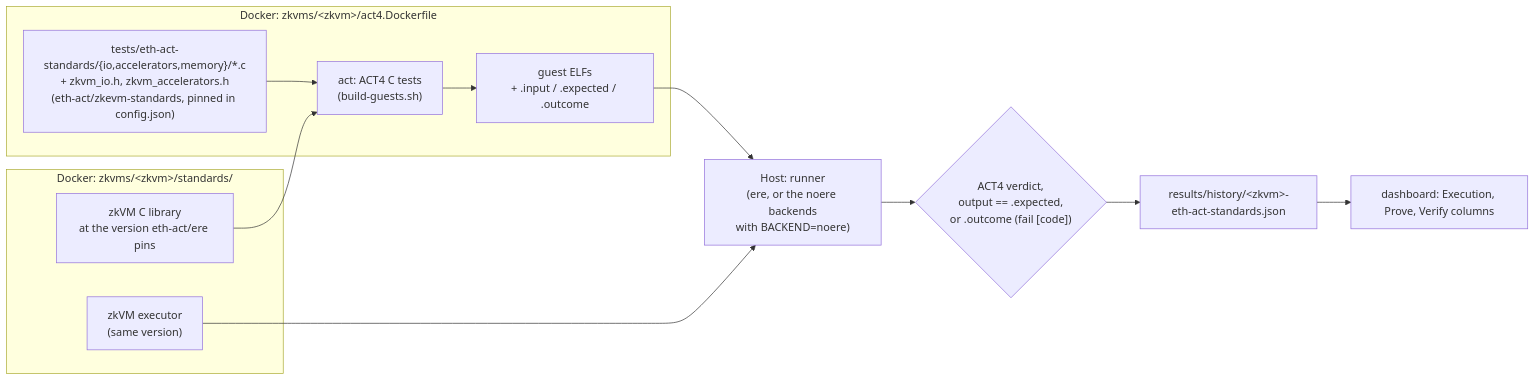
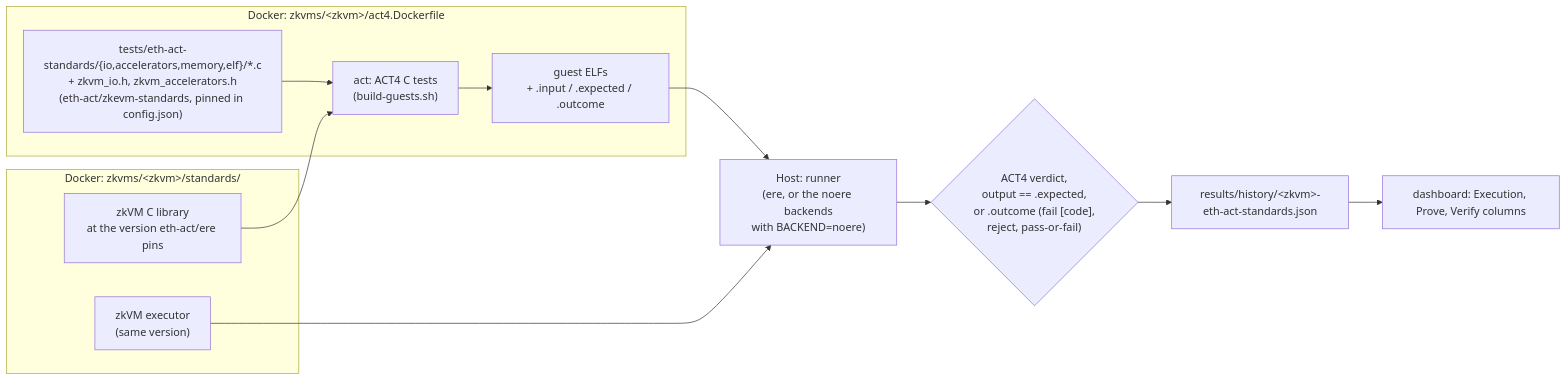
Before and after one commit to eth-act/zkevm-test-monitor: the second of 2 diagrams in README.md, drawn with Mermaid. The commit also changed other lines of this file and 3 other files, not shown here.

First line of the commit message:
Docs: the ELF loading tests

````diff
--- a/README.md
+++ b/README.md
@@ -71,17 +71,17 @@
 ```mermaid
 flowchart LR
     subgraph image["Docker: zkvms/&lt;zkvm&gt;/standards/"]
         vendor["zkVM C library<br/>at the version eth-act/ere pins"]
         exe["zkVM executor<br/>(same version)"]
     end
     subgraph act["Docker: zkvms/&lt;zkvm&gt;/act4.Dockerfile"]
-        src["tests/eth-act-standards/{io,accelerators,memory}/*.c<br/>+ zkvm_io.h, zkvm_accelerators.h<br/>(eth-act/zkevm-standards, pinned in config.json)"] --> build["act: ACT4 C tests<br/>(build-guests.sh)"]
+        src["tests/eth-act-standards/{io,accelerators,memory,elf}/*.c<br/>+ zkvm_io.h, zkvm_accelerators.h<br/>(eth-act/zkevm-standards, pinned in config.json)"] --> build["act: ACT4 C tests<br/>(build-guests.sh)"]
         build --> elfs["guest ELFs<br/>+ .input / .expected / .outcome"]
     end
     vendor --> build
     elfs --> runner["Host: runner<br/>(ere, or the noere backends<br/>with BACKEND=noere)"]
     exe --> runner
-    runner --> verdict{"ACT4 verdict,<br/>output == .expected,<br/>or .outcome (fail [code])"}
+    runner --> verdict{"ACT4 verdict,<br/>output == .expected,<br/>or .outcome (fail [code],<br/>reject, pass-or-fail)"}
     verdict --> hist["results/history/&lt;zkvm&gt;-eth-act-standards.json"]
     hist --> dash["dashboard: Execution, Prove, Verify columns"]
 ```
````
